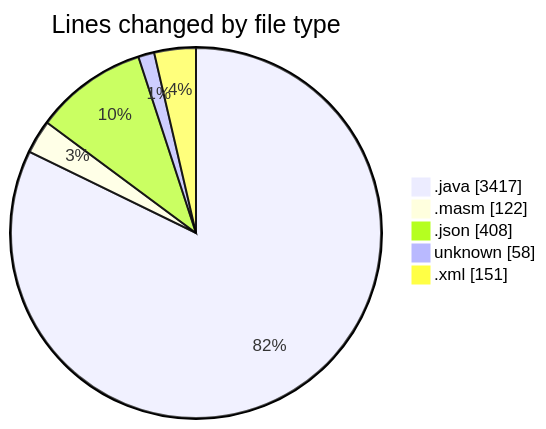
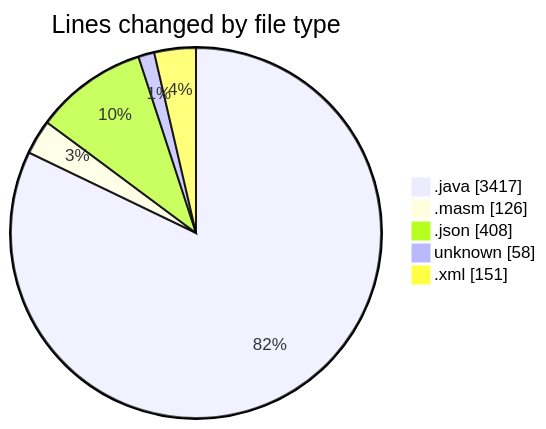
Before and after one commit to charlie-sans/code-tracking: the first of 2 diagrams in 2025-02-19/masm/README.md, drawn with Mermaid. The commit also changed other lines of this file and 1 other file, not shown here.

````diff
--- a/2025-02-19/masm/README.md
+++ b/2025-02-19/masm/README.md
@@ -41,9 +41,9 @@
 ```mermaid
 pie showData
 title Lines changed by file type
 ".java" : 3417
-".masm" : 122
+".masm" : 126
 ".json" : 408
 "unknown" : 58
 ".xml" : 151
 ```
````
